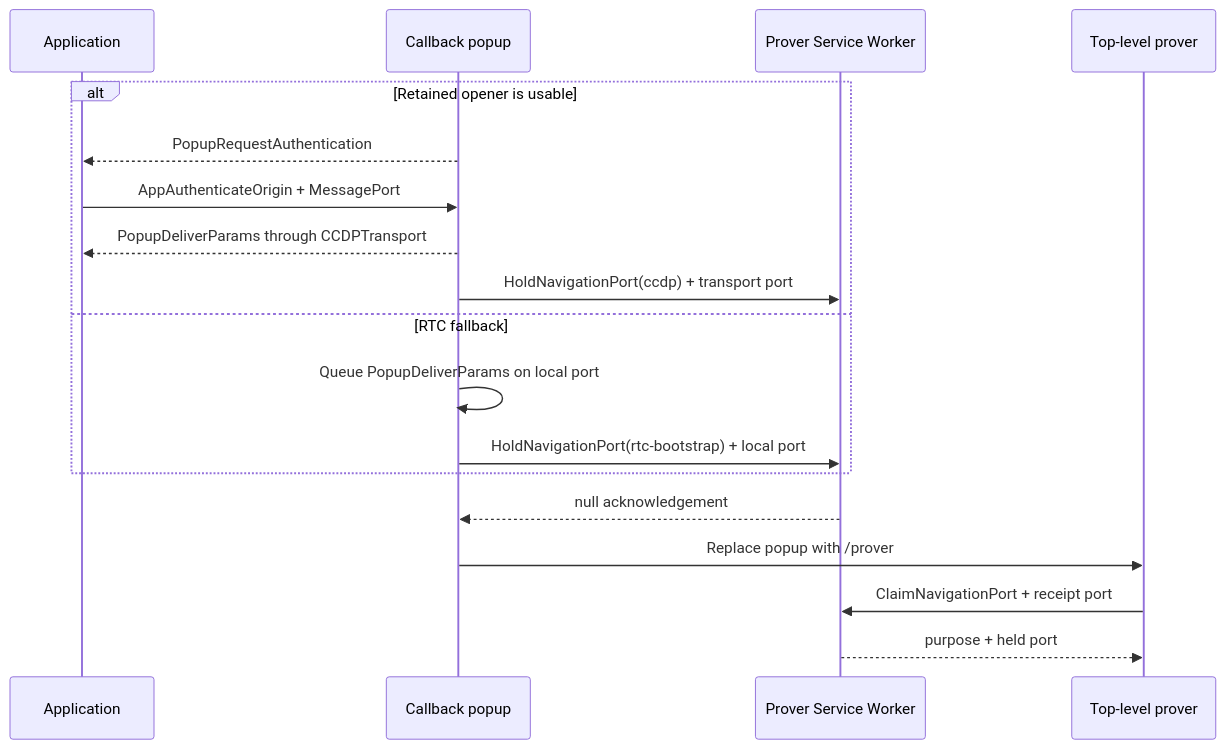
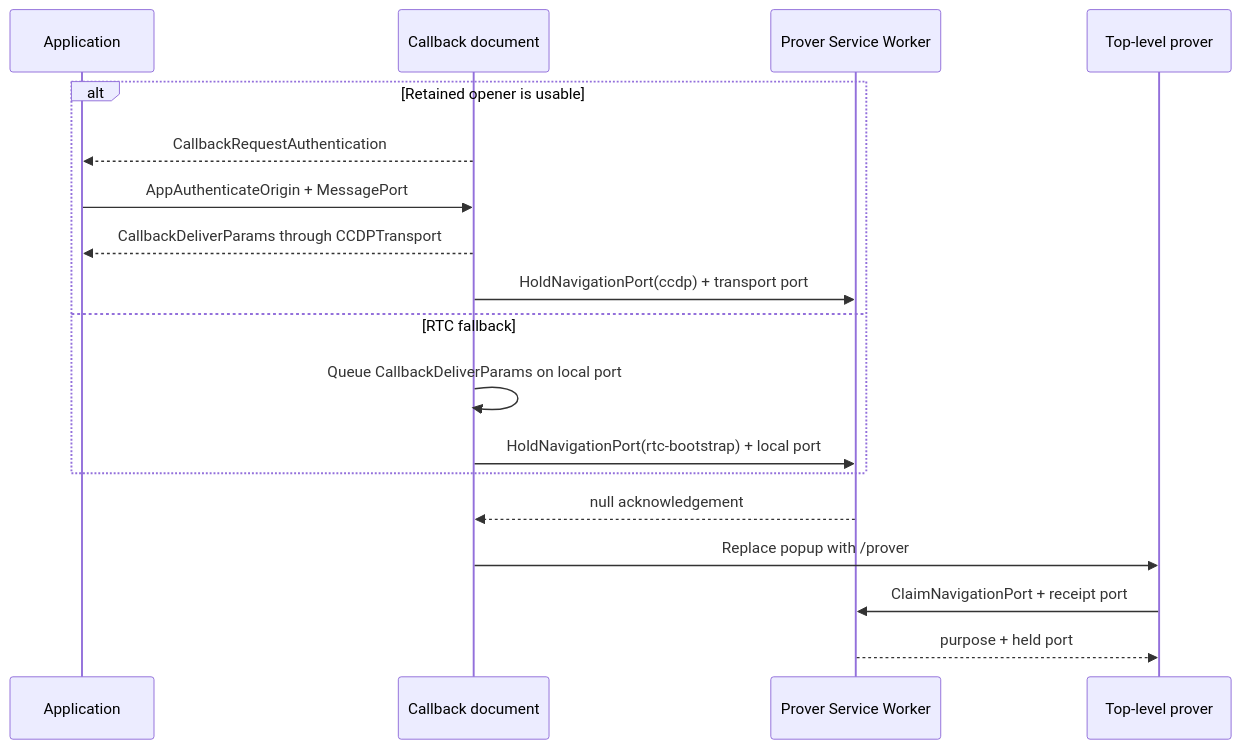
The diagram in ts/packages/ceremony/CCDP-MESSAGEPORT.md (libid-org/libid), drawn with Mermaid before and after one commit. The commit also changed other lines of this file and 7 other files, not shown here.

Commit message:
docs(ceremony): rename popup participant to callback

````diff
--- a/ts/packages/ceremony/CCDP-MESSAGEPORT.md
+++ b/ts/packages/ceremony/CCDP-MESSAGEPORT.md
@@ -195,21 +195,21 @@
 ```mermaid
 sequenceDiagram
     participant A as Application
-    participant C as Callback popup
+    participant C as Callback document
     participant S as Prover Service Worker
     participant P as Top-level prover
 
     alt Retained opener is usable
-        C-->>A: PopupRequestAuthentication
+        C-->>A: CallbackRequestAuthentication
         A->>C: AppAuthenticateOrigin + MessagePort
-        C-->>A: PopupDeliverParams through CCDPTransport
+        C-->>A: CallbackDeliverParams through CCDPTransport
         C->>S: HoldNavigationPort(ccdp) + transport port
     else RTC fallback
-        C->>C: Queue PopupDeliverParams on local port
+        C->>C: Queue CallbackDeliverParams on local port
         C->>S: HoldNavigationPort(rtc-bootstrap) + local port
     end
     S-->>C: null acknowledgement
     C->>P: Replace popup with /prover#ceremonyId
     P->>S: ClaimNavigationPort + receipt port
     S-->>P: purpose + held port
 ```
````
